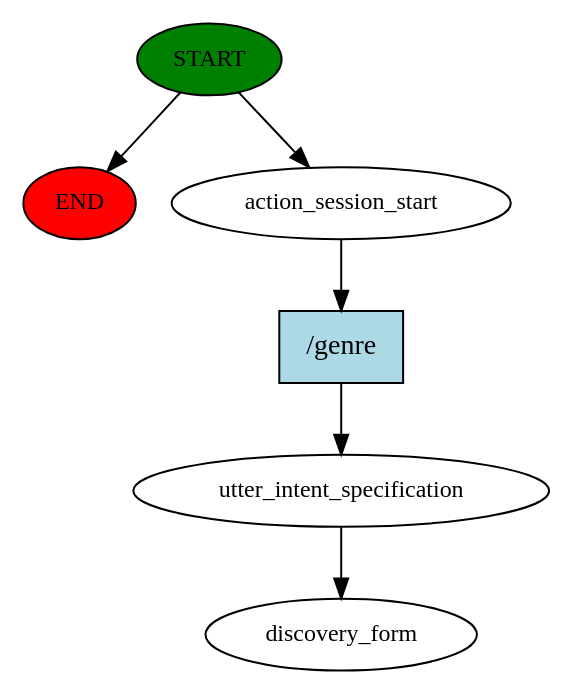
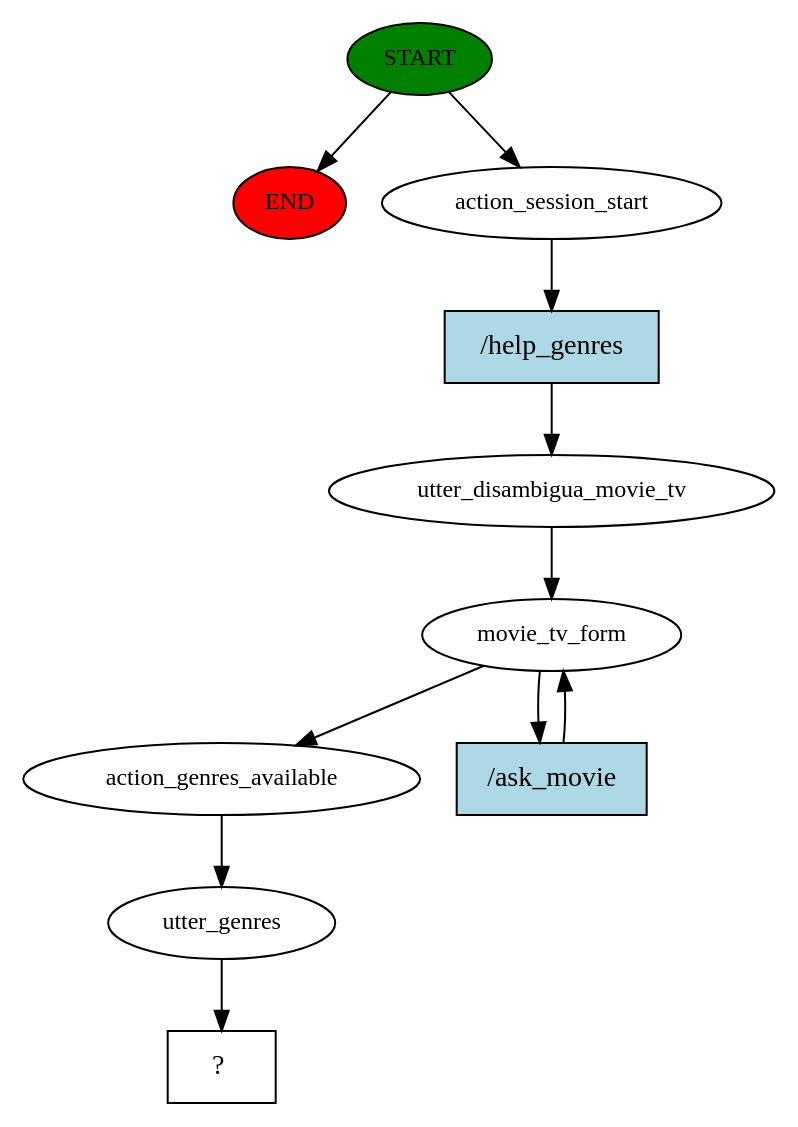
Before and after one commit to sislab-unitn/Let-s-Give-a-Voice-to-Conversational-Agents-in-VR: the diagram in rasa/story_graph.dot, drawn with Graphviz. The commit also changed 27 other files, not shown here.

```diff
--- a/rasa/story_graph.dot
+++ b/rasa/story_graph.dot
@@ -1,13 +1,22 @@
 digraph  {
 0 [class="start active", fillcolor=green, fontsize=12, label=START, style=filled];
 "-1" [class=end, fillcolor=red, fontsize=12, label=END, style=filled];
 1 [class=active, fontsize=12, label=action_session_start];
-2 [class=active, fontsize=12, label=utter_intent_specification];
-3 [class="dashed active", fontsize=12, label=discovery_form];
-4 [class="intent active", fillcolor=lightblue, label="/genre", shape=rect, style=filled];
+2 [class=active, fontsize=12, label=utter_disambigua_movie_tv];
+3 [class=active, fontsize=12, label=movie_tv_form];
+5 [class=active, fontsize=12, label=action_genres_available];
+6 [class=active, fontsize=12, label=utter_genres];
+7 [class="intent dashed active", label="  ?  ", shape=rect];
+8 [class="intent active", fillcolor=lightblue, label="/help_genres", shape=rect, style=filled];
+9 [class="intent active", fillcolor=lightblue, label="/ask_movie", shape=rect, style=filled];
 0 -> "-1"  [class="", key=NONE, label=""];
 0 -> 1  [class=active, key=NONE, label=""];
-1 -> 4  [class=active, key=0];
+1 -> 8  [class=active, key=0];
 2 -> 3  [class=active, key=NONE, label=""];
-4 -> 2  [class=active, key=0];
+3 -> 5  [class=active, key=NONE, label=""];
+3 -> 9  [class=active, key=0];
+5 -> 6  [class=active, key=NONE, label=""];
+6 -> 7  [class=active, key=NONE, label=""];
+8 -> 2  [class=active, key=0];
+9 -> 3  [class=active, key=0];
 }
```
